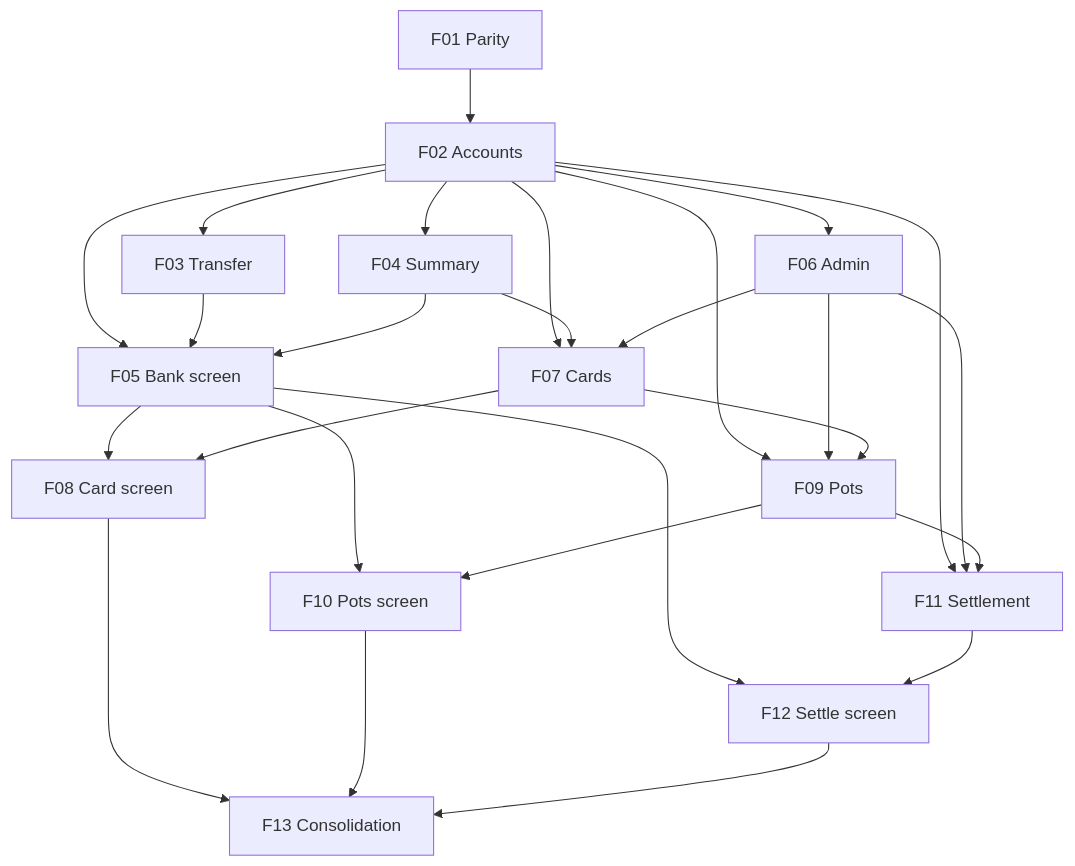
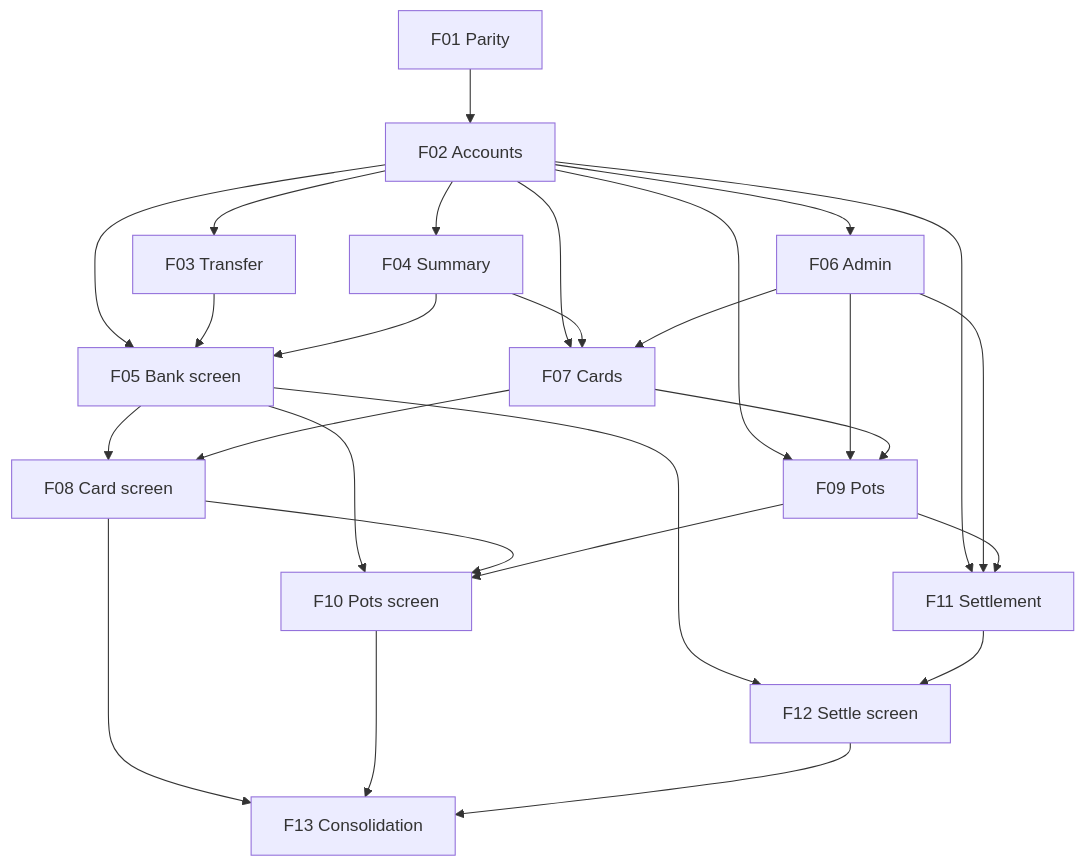
Before and after one commit to ggibellato/Financial: the diagram in docs/prd/P60-prd-cashflow-accounts-generalization/prd-cashflow-accounts-generalization.md, drawn with Mermaid. The commit also changed other lines of this file, not shown here.

````diff
--- a/docs/prd/P60-prd-cashflow-accounts-generalization/prd-cashflow-accounts-generalization.md
+++ b/docs/prd/P60-prd-cashflow-accounts-generalization/prd-cashflow-accounts-generalization.md
@@ -626,28 +632,29 @@
 ```mermaid
 graph TD
   F01[F01 Parity] --> F02[F02 Accounts]
   F02 --> F03[F03 Transfer]
   F02 --> F04[F04 Summary]
   F02 --> F06[F06 Admin]
   F02 --> F05[F05 Bank screen]
   F03 --> F05
   F04 --> F05
   F02 --> F07[F07 Cards]
   F04 --> F07
   F06 --> F07
   F05 --> F08[F08 Card screen]
   F07 --> F08
   F02 --> F09[F09 Pots]
   F06 --> F09
   F07 --> F09
   F05 --> F10[F10 Pots screen]
+  F08 --> F10
   F09 --> F10
   F02 --> F11[F11 Settlement]
   F06 --> F11
   F09 --> F11
   F05 --> F12[F12 Settle screen]
   F11 --> F12
   F08 --> F13[F13 Consolidation]
   F10 --> F13
   F12 --> F13
 ```
````
